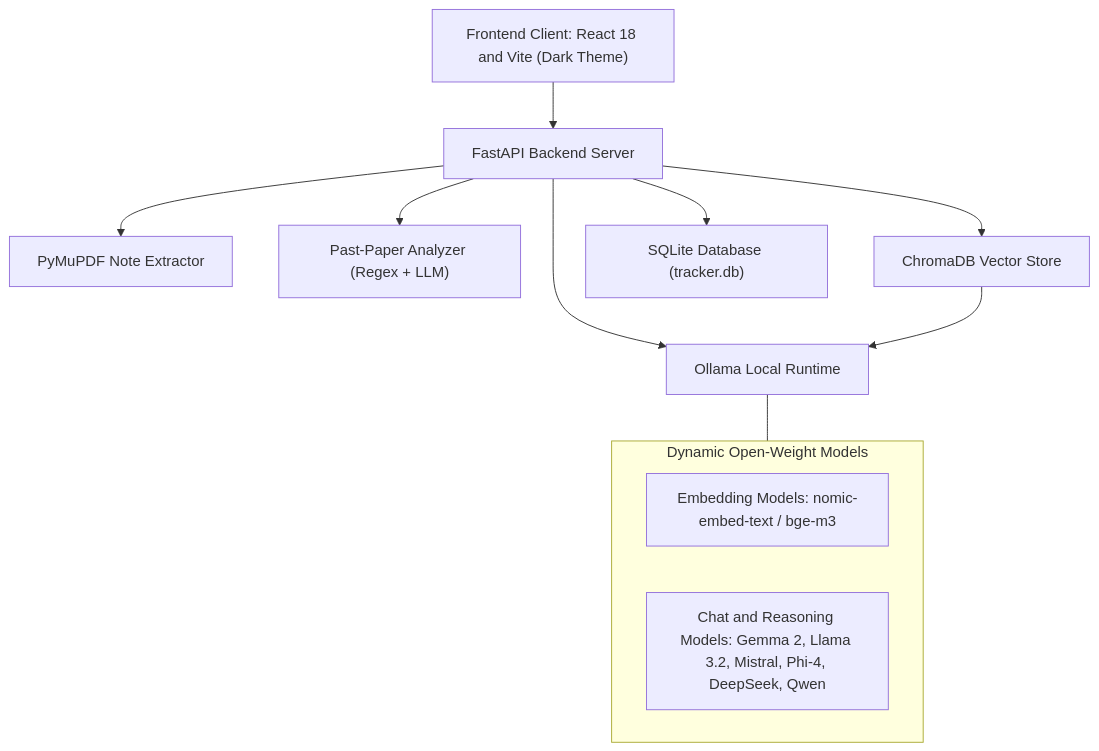
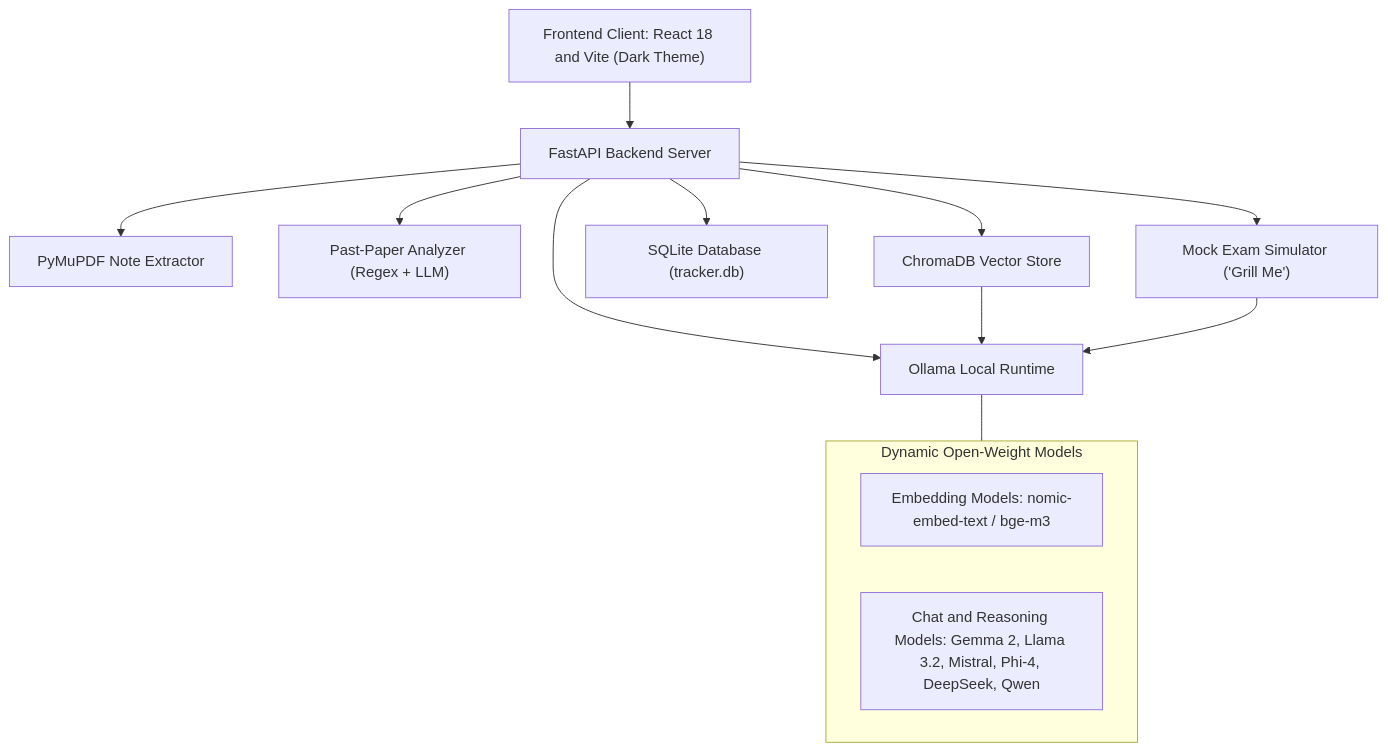
Before and after one commit to dev-Aarish/gist: the first of 6 diagrams in docs/architecture.md, drawn with Mermaid. The commit also changed other lines of this file and 5 other files, not shown here.

````diff
--- a/docs/architecture.md
+++ b/docs/architecture.md
@@ -27,18 +27,20 @@
 ```mermaid
 graph TD
     Client["Frontend Client: React 18 and Vite (Dark Theme)"] --> Gateway["FastAPI Backend Server"]
     
     Gateway --> IngestEngine["PyMuPDF Note Extractor"]
     Gateway --> PaperAnalyzer["Past-Paper Analyzer (Regex + LLM)"]
     Gateway --> VectorEngine["ChromaDB Vector Store"]
     Gateway --> MetricsEngine["SQLite Database (tracker.db)"]
+    Gateway --> ExamSimulator["Mock Exam Simulator ('Grill Me')"]
     
     Gateway --> LLMClient["Ollama Local Runtime"]
     VectorEngine --> LLMClient
+    ExamSimulator --> LLMClient
     
     subgraph OllamaRuntime ["Dynamic Open-Weight Models"]
         EmbeddingEngine["Embedding Models: nomic-embed-text / bge-m3"]
         ChatEngine["Chat and Reasoning Models: Gemma 2, Llama 3.2, Mistral, Phi-4, DeepSeek, Qwen"]
     end
     LLMClient --- OllamaRuntime
 ```
````
